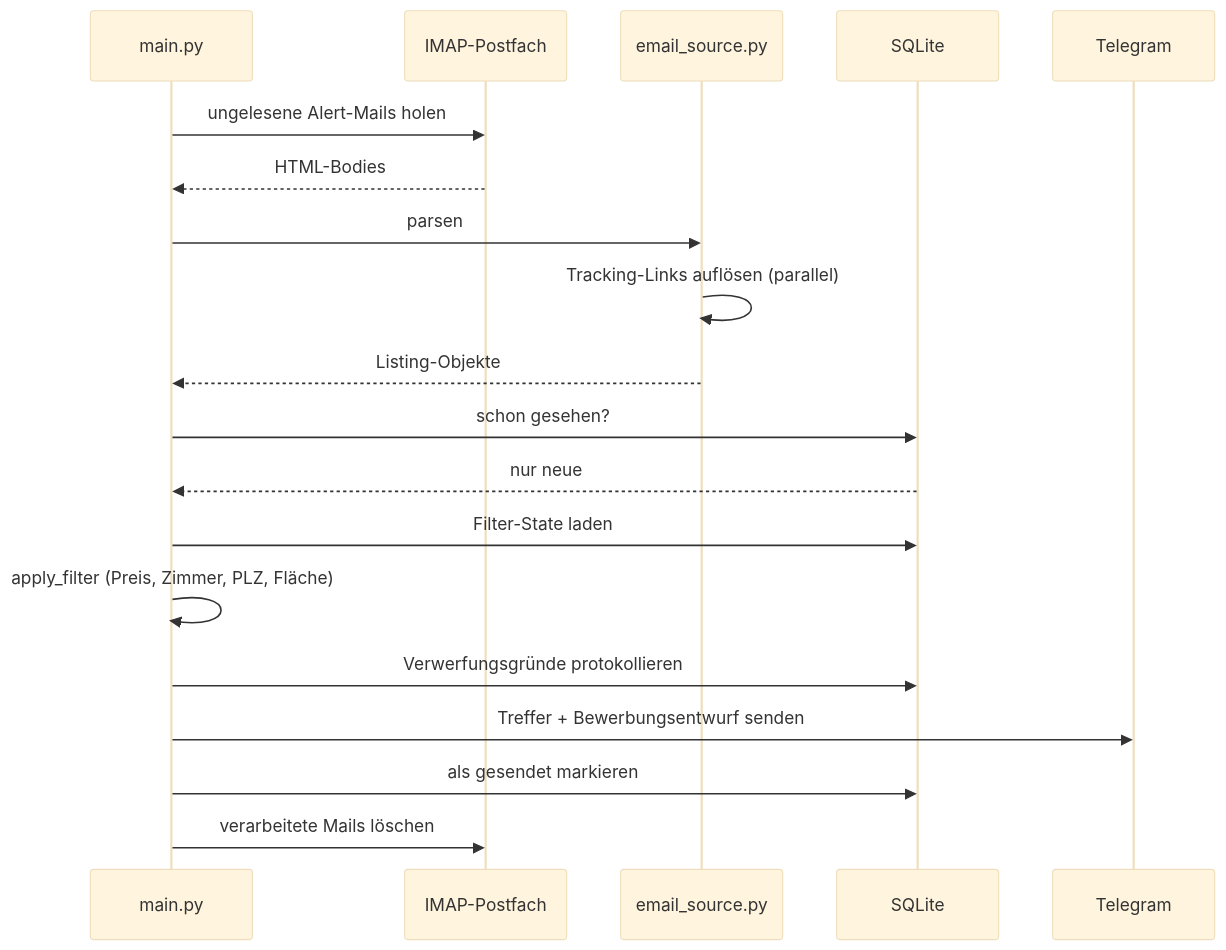
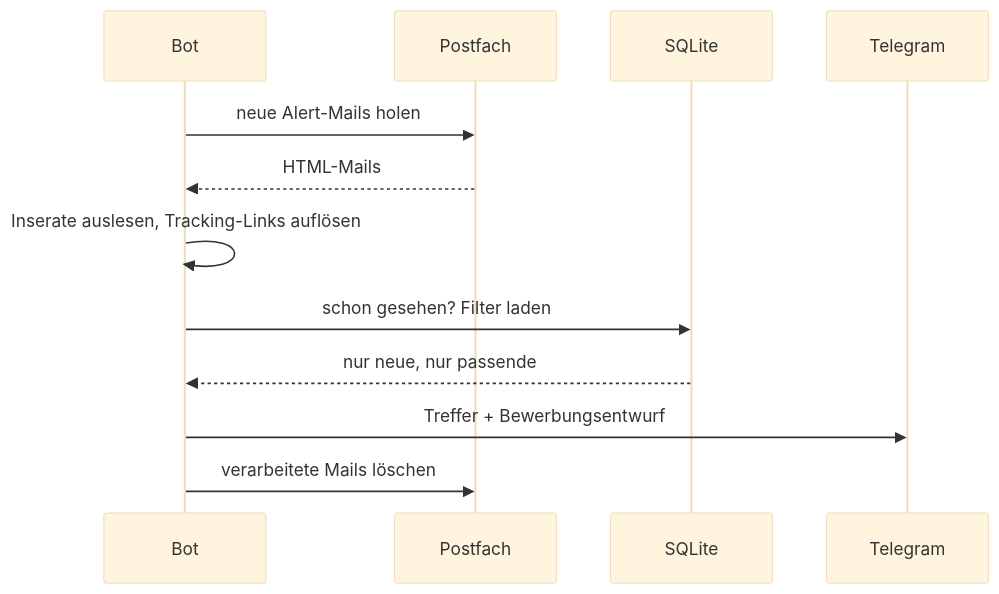
Before and after one commit to claudiokoller/wohnung-agent: the diagram in docs/architektur.md, drawn with Mermaid (base theme). The commit also changed other lines of this file and 1 other file, not shown here.

````diff
--- a/docs/architektur.md
+++ b/docs/architektur.md
@@ -11,22 +11,15 @@
 ```mermaid
 sequenceDiagram
-    participant M as main.py
-    participant I as IMAP-Postfach
-    participant P as email_source.py
+    participant B as Bot
+    participant M as Postfach
     participant D as SQLite
     participant T as Telegram
 
-    M->>I: ungelesene Alert-Mails holen
-    I-->>M: HTML-Bodies
-    M->>P: parsen
-    P->>P: Tracking-Links auflösen (parallel)
-    P-->>M: Listing-Objekte
-    M->>D: schon gesehen?
-    D-->>M: nur neue
-    M->>D: Filter-State laden
-    M->>M: apply_filter (Preis, Zimmer, PLZ, Fläche)
-    M->>D: Verwerfungsgründe protokollieren
-    M->>T: Treffer + Bewerbungsentwurf senden
-    M->>D: als gesendet markieren
-    M->>I: verarbeitete Mails löschen
+    B->>M: neue Alert-Mails holen
+    M-->>B: HTML-Mails
+    B->>B: Inserate auslesen, Tracking-Links auflösen
+    B->>D: schon gesehen? Filter laden
+    D-->>B: nur neue, nur passende
+    B->>T: Treffer + Bewerbungsentwurf
+    B->>M: verarbeitete Mails löschen
 ```
````
